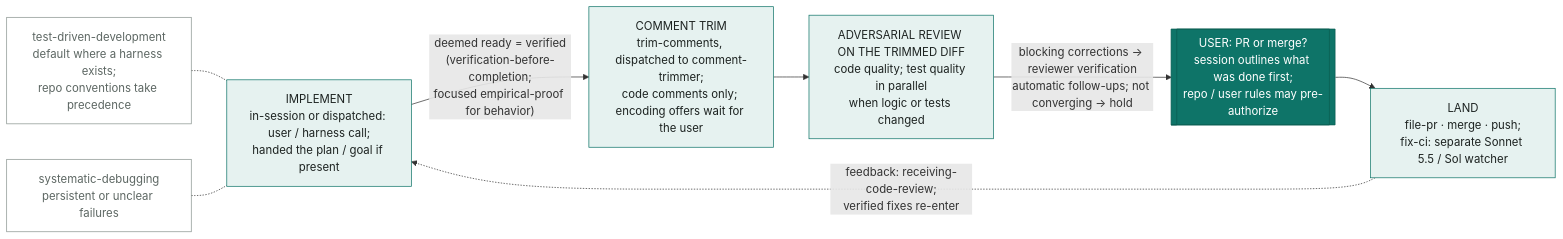
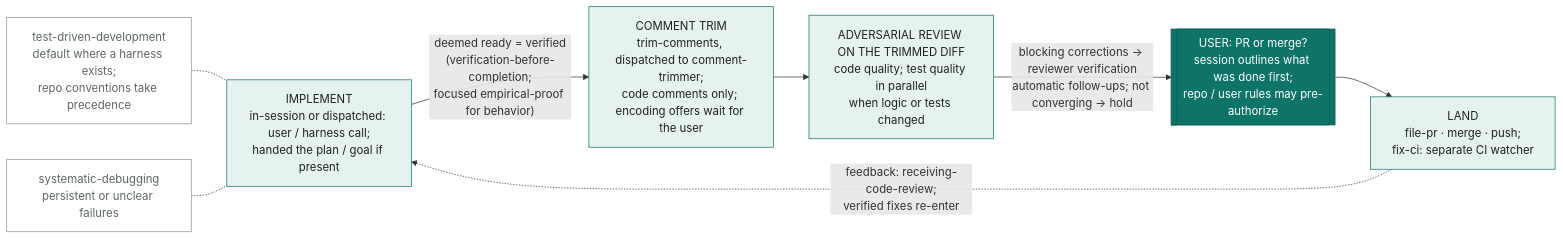
The second of 2 diagrams in docs/workbench-flow.md (giostriquer/workshop), drawn with Mermaid before and after one commit. The commit also changed other lines of this file and 134 other files, not shown here.

````diff
--- a/docs/workbench-flow.md
+++ b/docs/workbench-flow.md
@@ -39,21 +41,21 @@
 ```mermaid
 flowchart LR
     classDef gate fill:#0e7468,stroke:#0a5c52,color:#ffffff
     classDef stage fill:#e6f2f0,stroke:#0e7468,color:#1d2321
     classDef sat fill:none,stroke:#8a948f,color:#5d6763
 
     TDD["test-driven-development<br/>default where a harness exists;<br/>repo conventions take precedence"]:::sat -.- I
     SD["systematic-debugging<br/>persistent or unclear failures"]:::sat -.- I
 
     I["IMPLEMENT<br/>in-session or dispatched: user / harness call;<br/>handed the plan / goal if present"]:::stage
     TR["COMMENT TRIM<br/>trim-comments, dispatched to comment-trimmer;<br/>code comments only; encoding offers wait for the user"]:::stage
     AR["ADVERSARIAL REVIEW ON THE TRIMMED DIFF<br/>code quality; test quality in parallel<br/>when logic or tests changed"]:::stage
     OG[["USER: PR or merge?<br/>session outlines what was done first;<br/>repo / user rules may pre-authorize"]]:::gate
-    L["LAND<br/>file-pr · merge · push;<br/>fix-ci: separate Sonnet 5.5 / Sol watcher"]:::stage
+    L["LAND<br/>file-pr · merge · push;<br/>fix-ci: separate CI watcher"]:::stage
 
     I -->|"deemed ready = verified<br/>(verification-before-completion;<br/>focused empirical-proof for behavior)"| TR
     TR --> AR
     AR -->|"blocking corrections → reviewer verification<br/>automatic follow-ups; not converging → hold"| OG
     OG --> L
     L -.->|"feedback: receiving-code-review;<br/>verified fixes re-enter"| I
 ```
````
